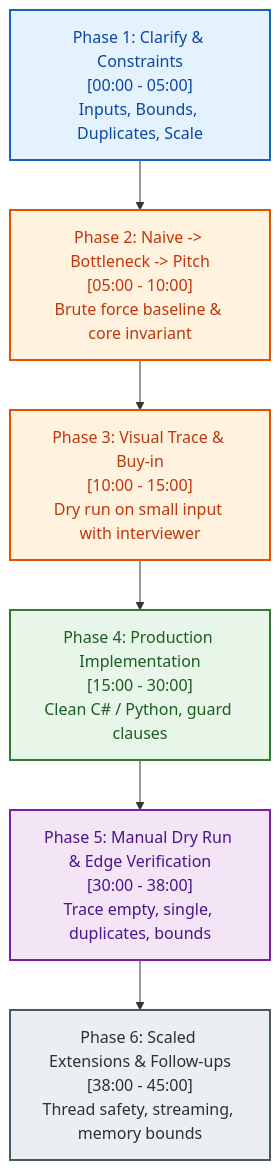
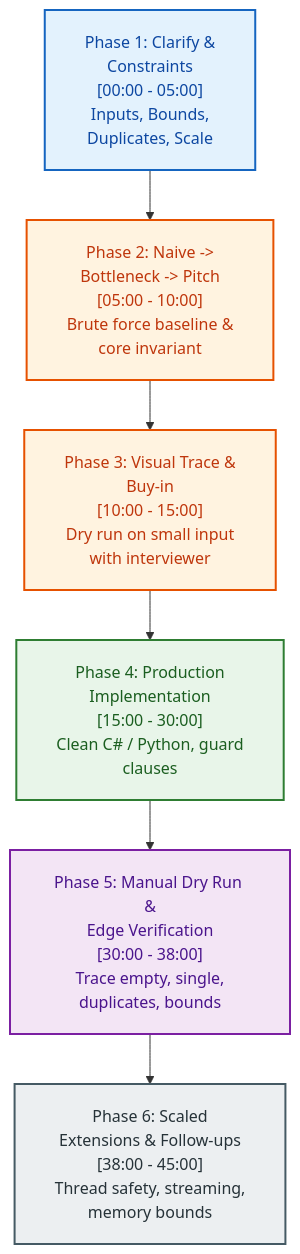
One commit to dip4k/DSA_102 changed the first of 2 diagrams in week_19_mock_interviews_mastery/Week_19_Visual_Concepts_Playbook_HYBRID.md. Above: the diagram before and after it, drawn with Mermaid. The commit also changed other lines of this file and 108 other files, not shown here.

First line of the commit message:
fix(mermaid): resolve diagram clipping, padding, and syntax issues across repo

````diff
--- a/week_19_mock_interviews_mastery/Week_19_Visual_Concepts_Playbook_HYBRID.md
+++ b/week_19_mock_interviews_mastery/Week_19_Visual_Concepts_Playbook_HYBRID.md
@@ -23,17 +23,18 @@
 ```mermaid
+%%{init: {"flowchart": {"htmlLabels": true, "padding": 20}}}%%
 flowchart TD
     classDef clarify fill:#e3f2fd,stroke:#1565c0,stroke-width:2px,color:#0d47a1
     classDef design fill:#fff3e0,stroke:#e65100,stroke-width:2px,color:#bf360c
     classDef code fill:#e8f5e9,stroke:#2e7d32,stroke-width:2px,color:#1b5e20
     classDef test fill:#f3e5f5,stroke:#7b1fa2,stroke-width:2px,color:#4a148c
     classDef scale fill:#eceff1,stroke:#455a64,stroke-width:2px,color:#263238
 
-    P1["Phase 1: Clarify & Constraints<br/>[00:00 - 05:00]<br/>Inputs, Bounds, Duplicates, Scale"]:::clarify
-    P2["Phase 2: Naive -> Bottleneck -> Pitch<br/>[05:00 - 10:00]<br/>Brute force baseline & core invariant"]:::design
-    P3["Phase 3: Visual Trace & Buy-in<br/>[10:00 - 15:00]<br/>Dry run on small input with interviewer"]:::design
-    P4["Phase 4: Production Implementation<br/>[15:00 - 30:00]<br/>Clean C# / Python, guard clauses"]:::code
-    P5["Phase 5: Manual Dry Run & Edge Verification<br/>[30:00 - 38:00]<br/>Trace empty, single, duplicates, bounds"]:::test
-    P6["Phase 6: Scaled Extensions & Follow-ups<br/>[38:00 - 45:00]<br/>Thread safety, streaming, memory bounds"]:::scale
+    P1["Phase 1: Clarify &<br/>Constraints<br/>[00:00 - 05:00]<br/>Inputs, Bounds,<br/>Duplicates, Scale"]:::clarify
+    P2["Phase 2: Naive -><br/>Bottleneck -> Pitch<br/>[05:00 - 10:00]<br/>Brute force baseline &<br/>core invariant"]:::design
+    P3["Phase 3: Visual Trace &<br/>Buy-in<br/>[10:00 - 15:00]<br/>Dry run on small input<br/>with interviewer"]:::design
+    P4["Phase 4: Production<br/>Implementation<br/>[15:00 - 30:00]<br/>Clean C# / Python, guard<br/>clauses"]:::code
+    P5["Phase 5: Manual Dry Run &<br/>Edge Verification<br/>[30:00 - 38:00]<br/>Trace empty, single,<br/>duplicates, bounds"]:::test
+    P6["Phase 6: Scaled<br/>Extensions & Follow-ups<br/>[38:00 - 45:00]<br/>Thread safety, streaming,<br/>memory bounds"]:::scale
 
     P1 --> P2 --> P3 --> P4 --> P5 --> P6
 ```
````
